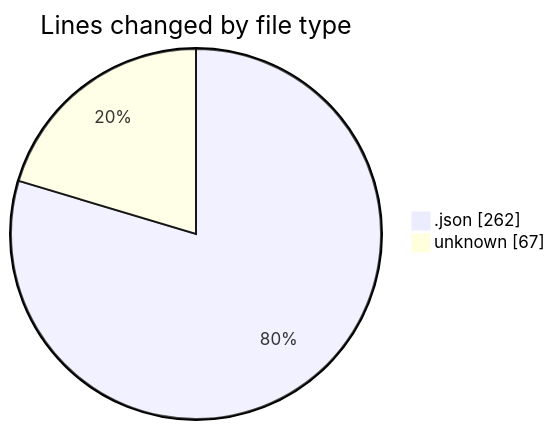
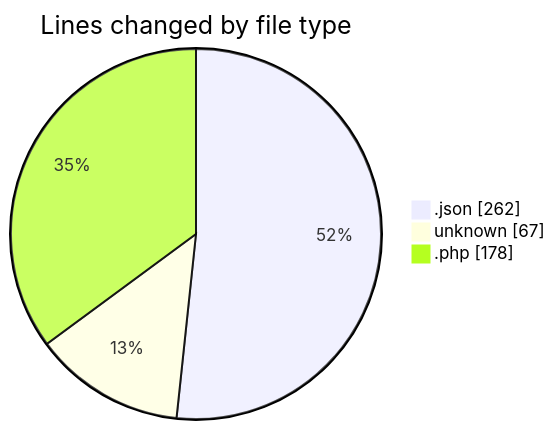
One commit to idhammustaqopulfikri/code-tracking changed the first of 2 diagrams in 2025-10-05/laravel-penyewaan-lapangan-futsal/README.md. Above: the diagram before and after it, drawn with Mermaid. The commit also changed other lines of this file and 1 other file, not shown here.

````diff
--- a/2025-10-05/laravel-penyewaan-lapangan-futsal/README.md
+++ b/2025-10-05/laravel-penyewaan-lapangan-futsal/README.md
@@ -21,6 +22,7 @@
 ```mermaid
 pie showData
 title Lines changed by file type
 ".json" : 262
 "unknown" : 67
+".php" : 178
 ```
````
